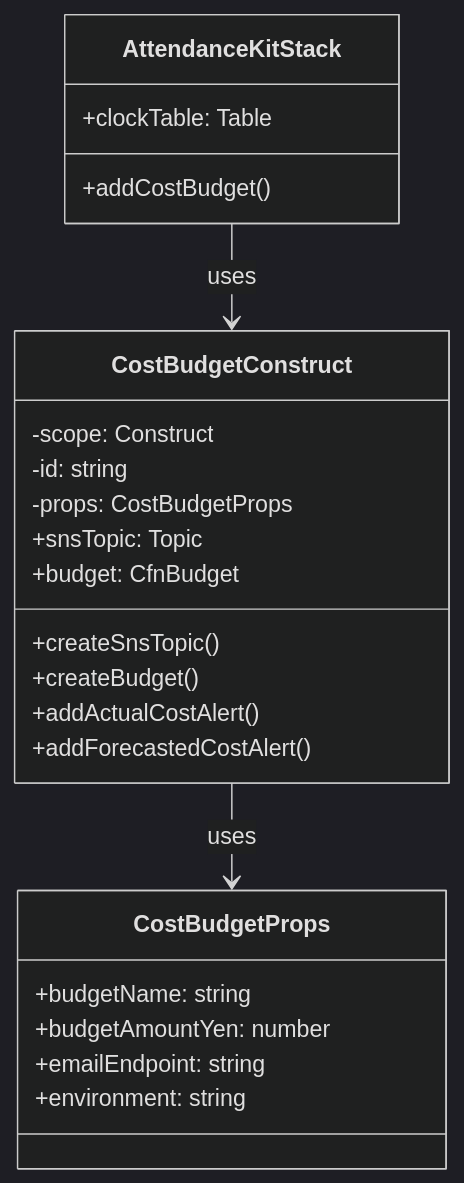
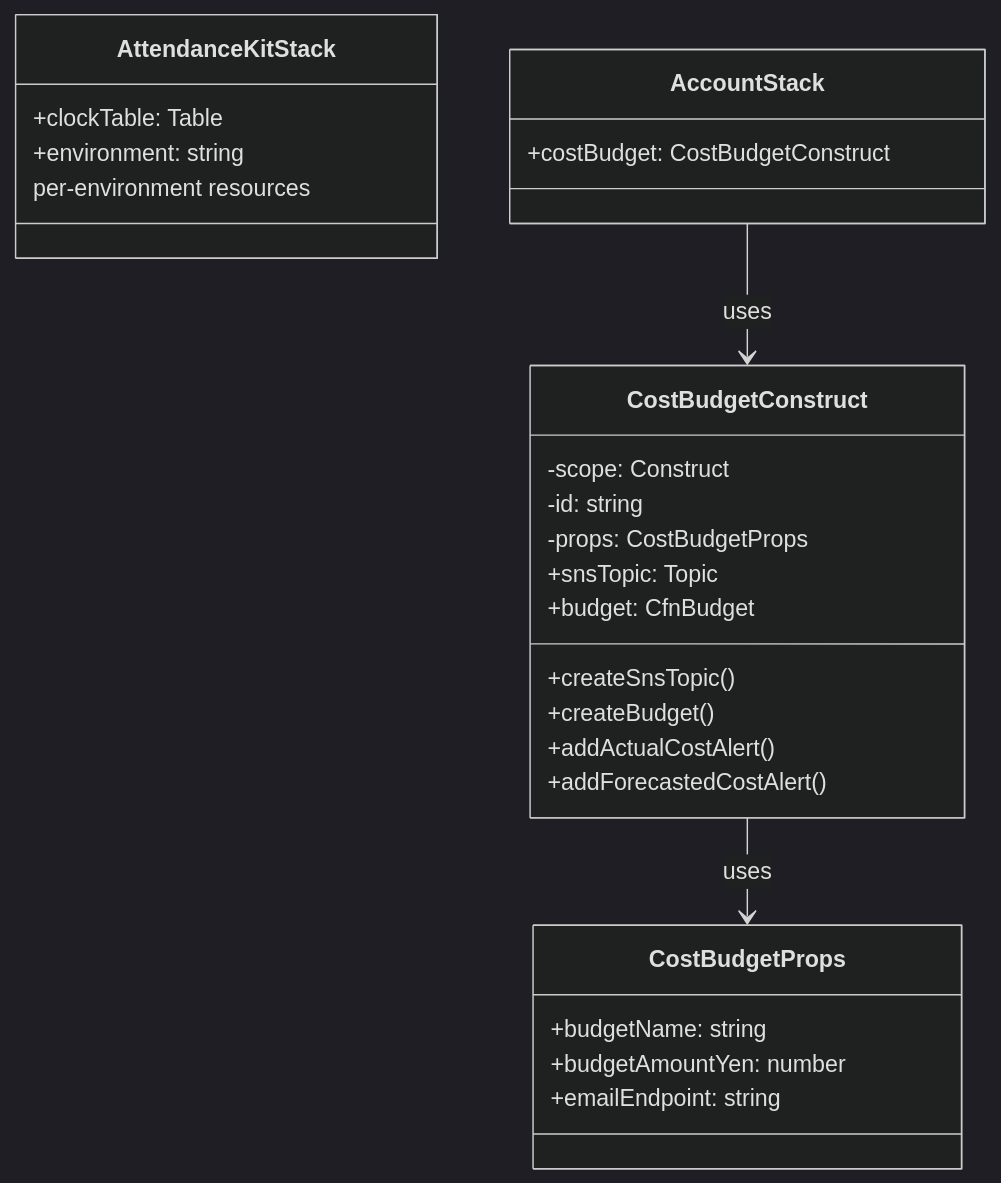
The third of 3 diagrams in specs/2-aws-cost-usage-alerts/plan.md (goataka/attendance-kit), drawn with Mermaid (dark theme) before and after one commit. The commit also changed other lines of this file and 2 other files, not shown here.

````diff
--- a/specs/2-aws-cost-usage-alerts/plan.md
+++ b/specs/2-aws-cost-usage-alerts/plan.md
@@ -128,29 +130,33 @@
 ```mermaid
 classDiagram
     class CostBudgetConstruct {
         -scope: Construct
         -id: string
         -props: CostBudgetProps
         +snsTopic: Topic
         +budget: CfnBudget
         +createSnsTopic()
         +createBudget()
         +addActualCostAlert()
         +addForecastedCostAlert()
     }
     
     class CostBudgetProps {
         +budgetName: string
         +budgetAmountYen: number
         +emailEndpoint: string
-        +environment: string
     }
     
     class AttendanceKitStack {
         +clockTable: Table
-        +addCostBudget()
+        +environment: string
     }
     
-    AttendanceKitStack --> CostBudgetConstruct : uses
+    class AccountStack {
+        +costBudget: CostBudgetConstruct
+    }
+    
+    AccountStack --> CostBudgetConstruct : uses
     CostBudgetConstruct --> CostBudgetProps : uses
+    AttendanceKitStack : per-environment resources
 ```
````
